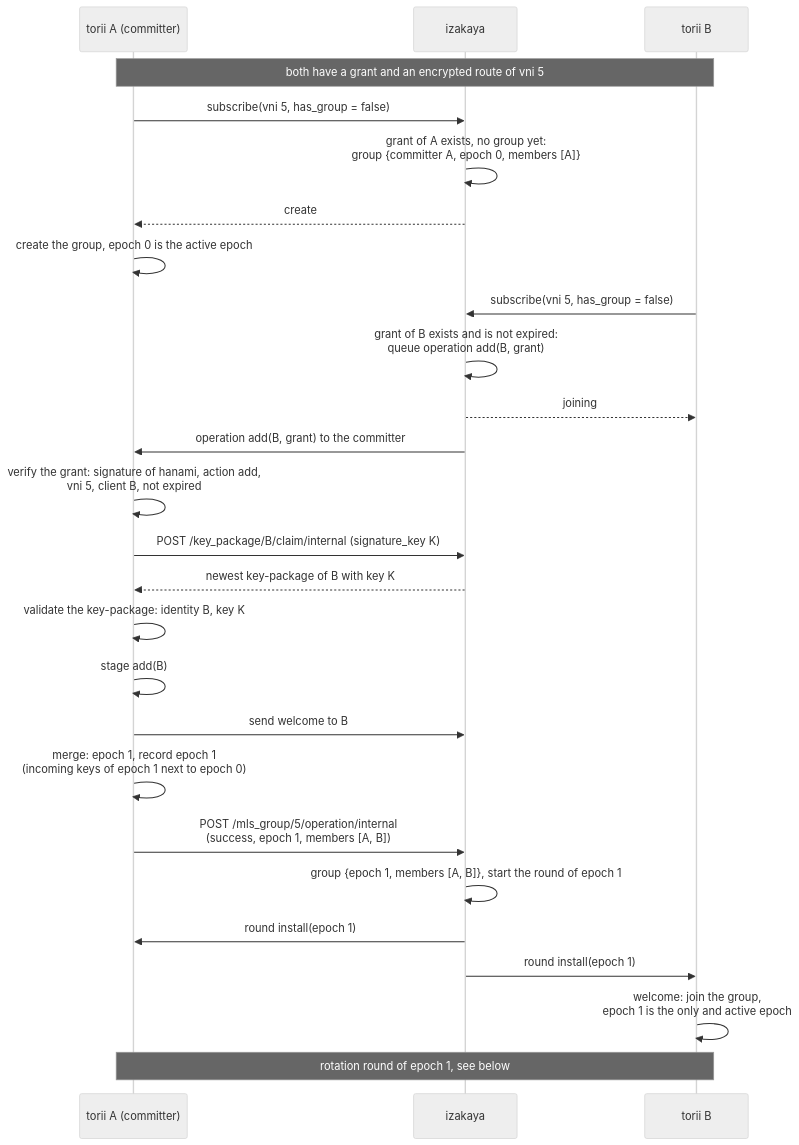
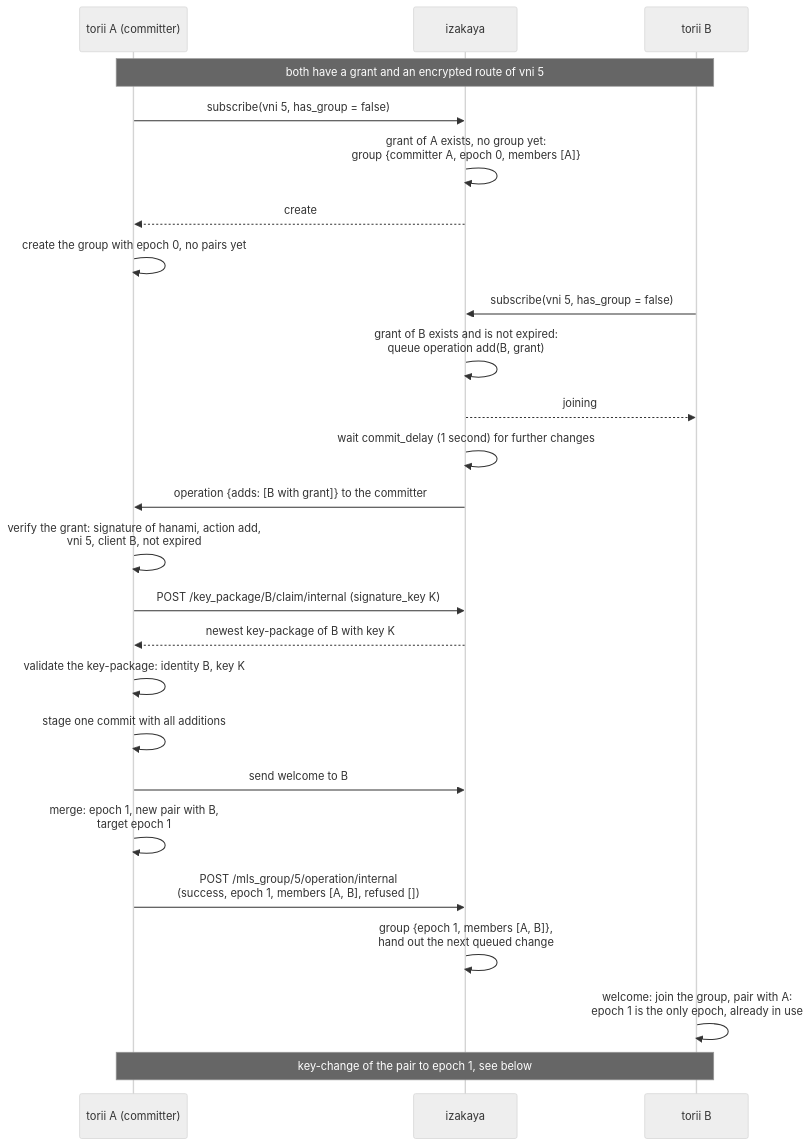
One commit to kitsudaiki/ainari changed the sixth of 20 diagrams in docs/developer/sequence_diagrams/network_crypto_key_exchange.md. Above: the diagram before and after it, drawn with Mermaid (neutral theme). The commit also changed other lines of this file and 3 other files, not shown here.

Commit message:
docs(#1195): update docs for updates of MLS-key-exchange

````diff
--- a/docs/developer/sequence_diagrams/network_crypto_key_exchange.md
+++ b/docs/developer/sequence_diagrams/network_crypto_key_exchange.md
@@ -198,33 +213,32 @@
 ```mermaid
 sequenceDiagram
     participant TA as torii A (committer)
     participant I as izakaya
     participant TB as torii B
 
     Note over TA,TB: both have a grant and an encrypted route of vni 5
 
     TA->>I: subscribe(vni 5, has_group = false)
     I->>I: grant of A exists, no group yet:<br/>group {committer A, epoch 0, members [A]}
     I-->>TA: create
-    TA->>TA: create the group, epoch 0 is the active epoch
+    TA->>TA: create the group with epoch 0, no pairs yet
 
     TB->>I: subscribe(vni 5, has_group = false)
     I->>I: grant of B exists and is not expired:<br/>queue operation add(B, grant)
     I-->>TB: joining
-    I->>TA: operation add(B, grant) to the committer
+    I->>I: wait commit_delay (1 second) for further changes
+    I->>TA: operation {adds: [B with grant]} to the committer
 
     TA->>TA: verify the grant: signature of hanami, action add,<br/>vni 5, client B, not expired
     TA->>I: POST /key_package/B/claim/internal (signature_key K)
     I-->>TA: newest key-package of B with key K
     TA->>TA: validate the key-package: identity B, key K
-    TA->>TA: stage add(B)
+    TA->>TA: stage one commit with all additions
     TA->>I: send welcome to B
-    TA->>TA: merge: epoch 1, record epoch 1<br/>(incoming keys of epoch 1 next to epoch 0)
-    TA->>I: POST /mls_group/5/operation/internal<br/>(success, epoch 1, members [A, B])
-    I->>I: group {epoch 1, members [A, B]}, start the round of epoch 1
-    I->>TA: round install(epoch 1)
-    I->>TB: round install(epoch 1)
+    TA->>TA: merge: epoch 1, new pair with B,<br/>target epoch 1
+    TA->>I: POST /mls_group/5/operation/internal<br/>(success, epoch 1, members [A, B], refused [])
+    I->>I: group {epoch 1, members [A, B]},<br/>hand out the next queued change
 
-    TB->>TB: welcome: join the group,<br/>epoch 1 is the only and active epoch
-    Note over TA,TB: rotation round of epoch 1, see below
+    TB->>TB: welcome: join the group, pair with A:<br/>epoch 1 is the only epoch, already in use
+    Note over TA,TB: key-change of the pair to epoch 1, see below
 ```
````
